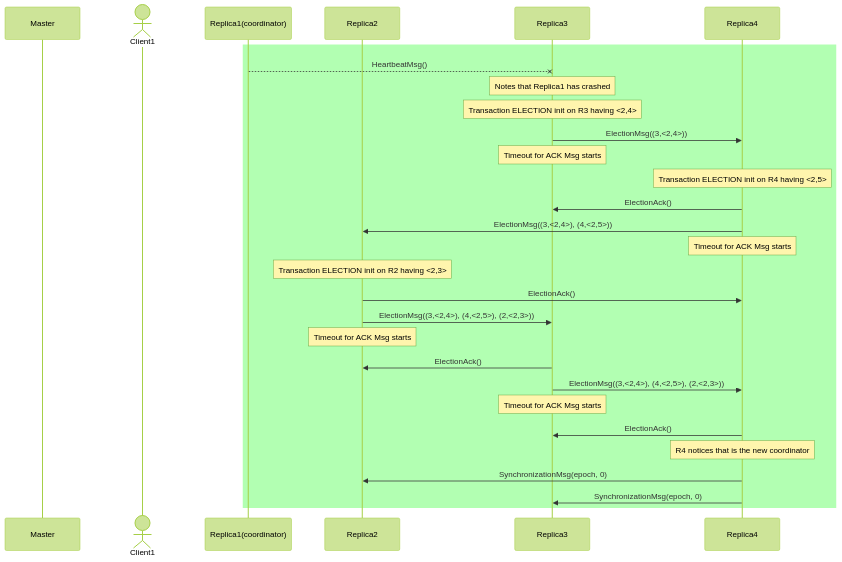
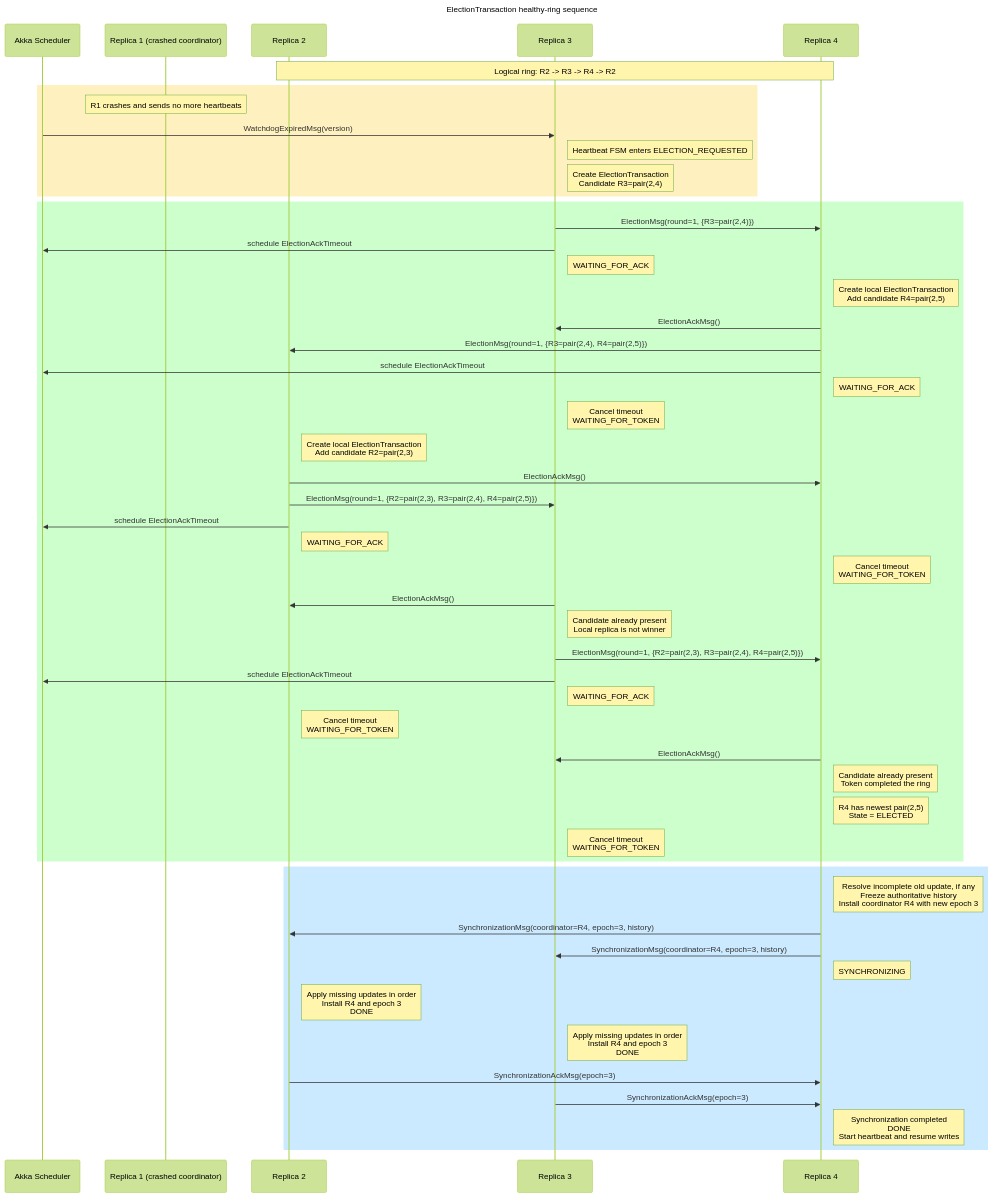
Before and after one commit to alanmasu/CoreDump_DS_Project: the diagram in charts/Transactions/transaction_Election.mmd, drawn with Mermaid. The commit also changed 4 other files, not shown here.

Commit message:
feat: Add FSM diagrams for ElectionTransaction, and moved other transaction diagrams inside the `charts/transactions` folder

```diff
--- a/charts/Transactions/transaction_Election.mmd
+++ b/charts/Transactions/transaction_Election.mmd
@@ -1,43 +1,73 @@
 ---
+title: ElectionTransaction healthy-ring sequence
 config:
   theme: forest
 ---
+
 sequenceDiagram
-    participant M as Master
+    participant S as Akka Scheduler
+    participant R1 as Replica 1 (crashed coordinator)
+    participant R2 as Replica 2
+    participant R3 as Replica 3
+    participant R4 as Replica 4
 
-    actor C1 as Client1
-    %% actor C2 as Client2
-    participant R1 as Replica1(coordinator)
-    participant R2 as Replica2
-    participant R3 as Replica3
-    participant R4 as Replica4
+    Note over R2,R4: Logical ring: R2 -> R3 -> R4 -> R2
 
-    rect rgba(0, 255, 0, 0.3)
-        R1 --x R3: HeartbeatMsg()
-        note over R3: Notes that Replica1 has crashed
+    rect rgba(255, 200, 0, 0.25)
+        Note over R1: R1 crashes and sends no more heartbeats
+        S ->> R3: WatchdogExpiredMsg(version)
+        Note right of R3: Heartbeat FSM enters ELECTION_REQUESTED
+        Note right of R3: Create ElectionTransaction<br/>Candidate R3=pair(2,4)
+    end
 
-        note over R3: Transaction ELECTION init on R3 having <2,4>
-        R3 ->> R4: ElectionMsg((3,<2,4>))
-        note over R3: Timeout for ACK Msg starts
+    rect rgba(0, 255, 0, 0.20)
+        R3 ->> R4: ElectionMsg(round=1, {R3=pair(2,4)})
+        R3 ->> S: schedule ElectionAckTimeout
+        Note right of R3: WAITING_FOR_ACK
 
-        note over R4: Transaction ELECTION init on R4 having <2,5>
-        R4 ->> R3: ElectionAck()
-        R4 ->> R2: ElectionMsg((3,<2,4>), (4,<2,5>))
-        note over R4: Timeout for ACK Msg starts
-    
-        note over R2: Transaction ELECTION init on R2 having <2,3>
-        R2 ->> R4: ElectionAck()
-        R2 ->> R3: ElectionMsg((3,<2,4>), (4,<2,5>), (2,<2,3>))
-        note over R2: Timeout for ACK Msg starts
+        Note right of R4: Create local ElectionTransaction<br/>Add candidate R4=pair(2,5)
+        R4 ->> R3: ElectionAckMsg()
+        R4 ->> R2: ElectionMsg(round=1, {R3=pair(2,4), R4=pair(2,5)})
+        R4 ->> S: schedule ElectionAckTimeout
+        Note right of R4: WAITING_FOR_ACK
 
+        Note right of R3: Cancel timeout<br/>WAITING_FOR_TOKEN
 
-        R3 ->> R2: ElectionAck()
-        R3 ->> R4: ElectionMsg((3,<2,4>), (4,<2,5>), (2,<2,3>))
-        note over R3: Timeout for ACK Msg starts
+        Note right of R2: Create local ElectionTransaction<br/>Add candidate R2=pair(2,3)
+        R2 ->> R4: ElectionAckMsg()
+        R2 ->> R3: ElectionMsg(round=1, {R2=pair(2,3), R3=pair(2,4), R4=pair(2,5)})
+        R2 ->> S: schedule ElectionAckTimeout
+        Note right of R2: WAITING_FOR_ACK
 
-        R4 ->> R3: ElectionAck()
-        note over R4: R4 notices that is the new coordinator
-        R4 ->> R2: SynchronizationMsg(epoch, 0)
-        R4 ->> R3: SynchronizationMsg(epoch, 0)
-        
+        Note right of R4: Cancel timeout<br/>WAITING_FOR_TOKEN
+
+        R3 ->> R2: ElectionAckMsg()
+        Note right of R3: Candidate already present<br/>Local replica is not winner
+        R3 ->> R4: ElectionMsg(round=1, {R2=pair(2,3), R3=pair(2,4), R4=pair(2,5)})
+        R3 ->> S: schedule ElectionAckTimeout
+        Note right of R3: WAITING_FOR_ACK
+
+        Note right of R2: Cancel timeout<br/>WAITING_FOR_TOKEN
+
+        R4 ->> R3: ElectionAckMsg()
+        Note right of R4: Candidate already present<br/>Token completed the ring
+        Note right of R4: R4 has newest pair(2,5)<br/>State = ELECTED
+        Note right of R3: Cancel timeout<br/>WAITING_FOR_TOKEN
     end
+
+    rect rgba(0, 150, 255, 0.20)
+        Note right of R4: Resolve incomplete old update, if any<br/>Freeze authoritative history<br/>Install coordinator R4 with new epoch 3
+        R4 ->> R2: SynchronizationMsg(coordinator=R4, epoch=3, history)
+        R4 ->> R3: SynchronizationMsg(coordinator=R4, epoch=3, history)
+        Note right of R4: SYNCHRONIZING
+
+        Note right of R2: Apply missing updates in order<br/>Install R4 and epoch 3<br/>DONE
+        Note right of R3: Apply missing updates in order<br/>Install R4 and epoch 3<br/>DONE
+
+        %% Proposed acknowledgements make synchronization completion observable
+        %% to the new coordinator before it resumes processing writes.
+        R2 ->> R4: SynchronizationAckMsg(epoch=3)
+        R3 ->> R4: SynchronizationAckMsg(epoch=3)
+
+        Note right of R4: Synchronization completed<br/>DONE<br/>Start heartbeat and resume writes
+    end
```
